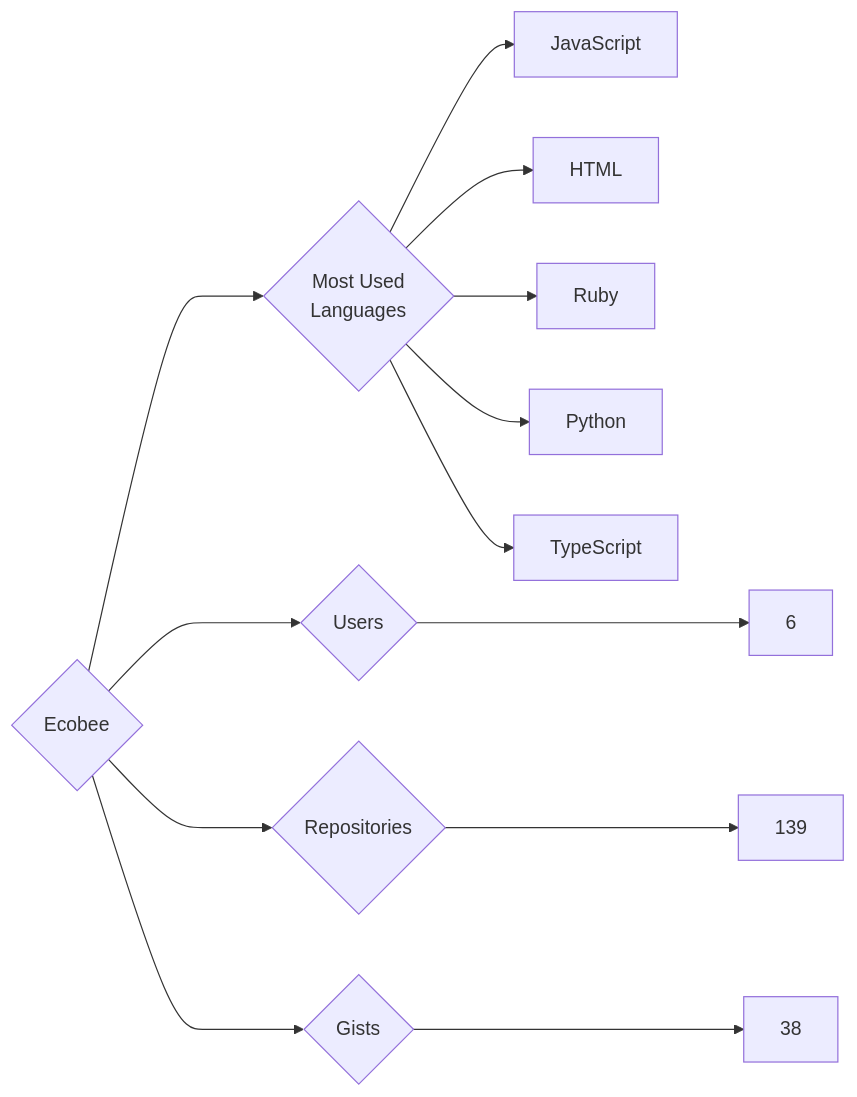
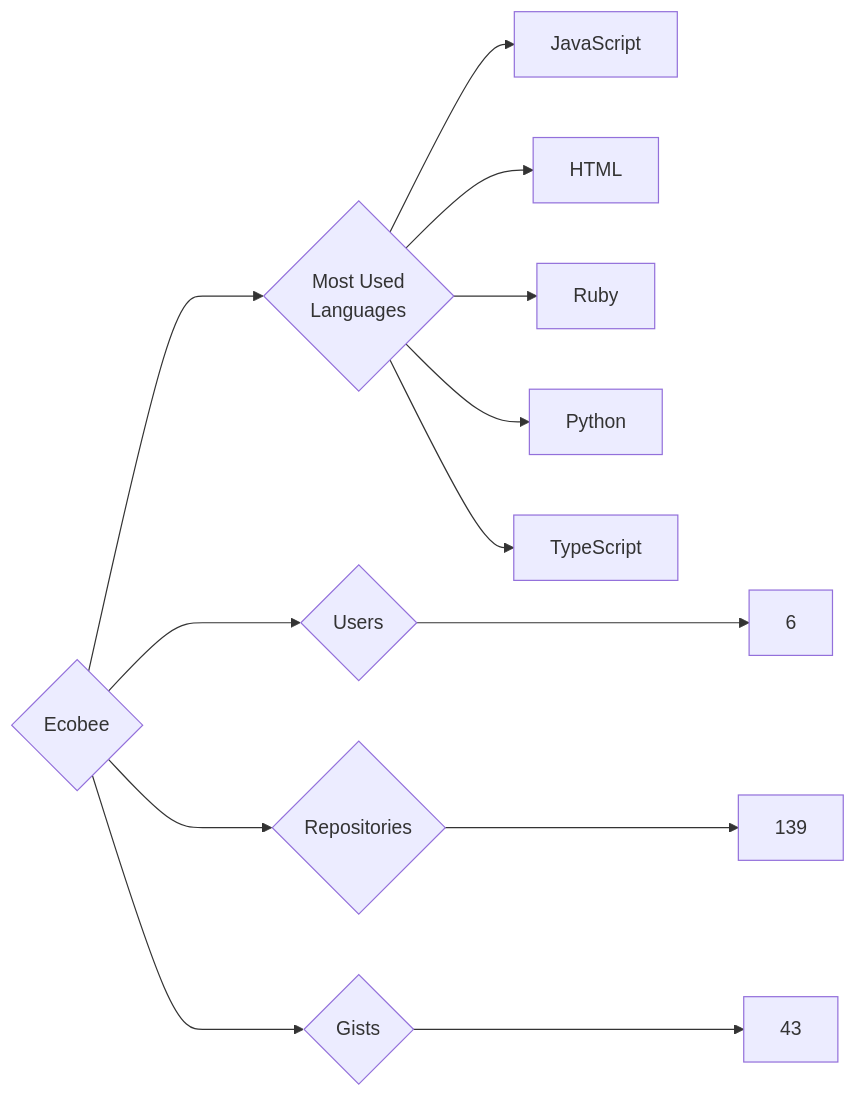
The diagram in targets/Ecobee/README.md (trickest/insiders), drawn with Mermaid before and after one commit. The commit also changed 1030 other files, not shown here.

````diff
--- a/targets/Ecobee/README.md
+++ b/targets/Ecobee/README.md
@@ -3,13 +3,13 @@
 ```mermaid
 graph LR
 COMPANY_NAME{Ecobee}
 COMPANY_NAME ---> U{Users} ---> UN[6]
 COMPANY_NAME ---> R{Repositories} ---> RN[139]
-COMPANY_NAME ---> G{Gists} ---> GN[38]
+COMPANY_NAME ---> G{Gists} ---> GN[43]
 COMPANY_NAME ---> ML{Most Used<br>Languages}
 ML --> JavaScript[JavaScript]
 ML --> HTML[HTML]
 ML --> Ruby[Ruby]
 ML --> Python[Python]
 ML --> TypeScript[TypeScript]
 ```
````
